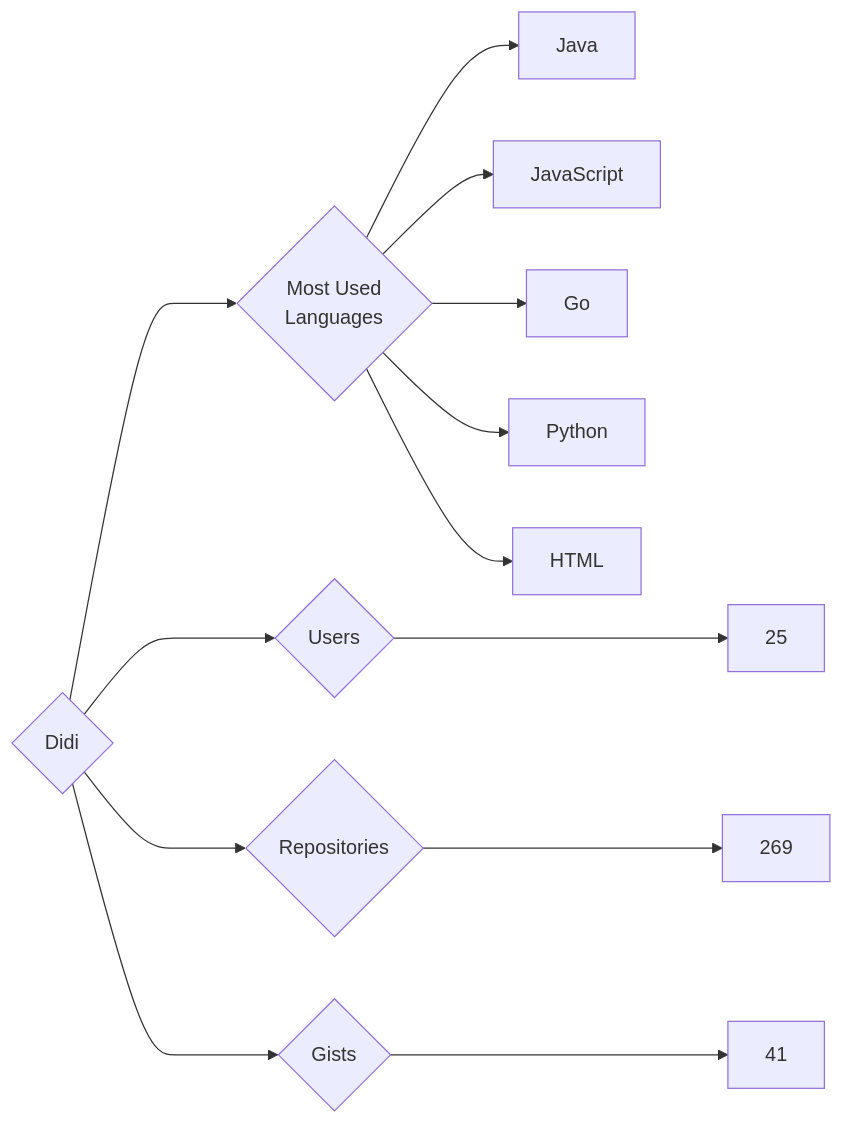
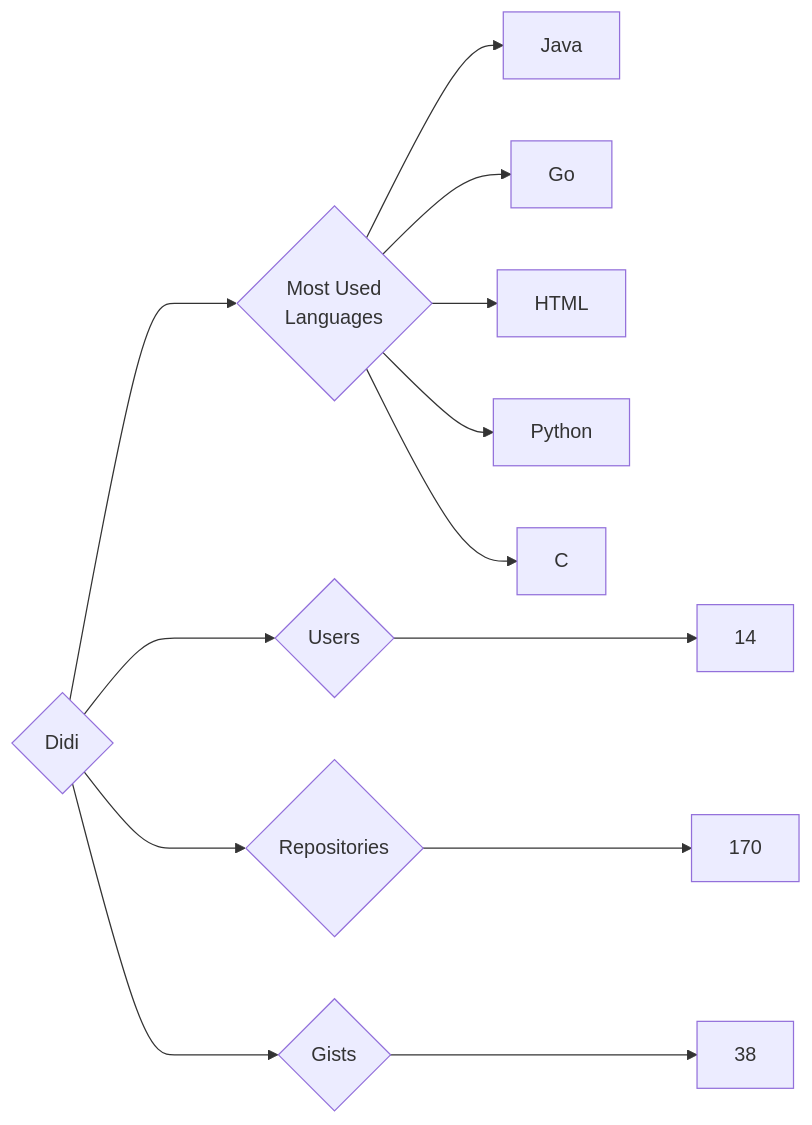
One commit to trickest/insiders changed the diagram in targets/Didi/README.md. Above: the diagram before and after it, drawn with Mermaid. The commit also changed 838 other files, not shown here.

````diff
--- a/targets/Didi/README.md
+++ b/targets/Didi/README.md
@@ -3,13 +3,13 @@
 ```mermaid
 graph LR
 COMPANY_NAME{Didi}
-COMPANY_NAME ---> U{Users} ---> UN[25]
-COMPANY_NAME ---> R{Repositories} ---> RN[269]
-COMPANY_NAME ---> G{Gists} ---> GN[41]
+COMPANY_NAME ---> U{Users} ---> UN[14]
+COMPANY_NAME ---> R{Repositories} ---> RN[170]
+COMPANY_NAME ---> G{Gists} ---> GN[38]
 COMPANY_NAME ---> ML{Most Used<br>Languages}
 ML --> Java[Java]
-ML --> JavaScript[JavaScript]
 ML --> Go[Go]
+ML --> HTML[HTML]
 ML --> Python[Python]
-ML --> HTML[HTML]
+ML --> C[C]
 ```
````
